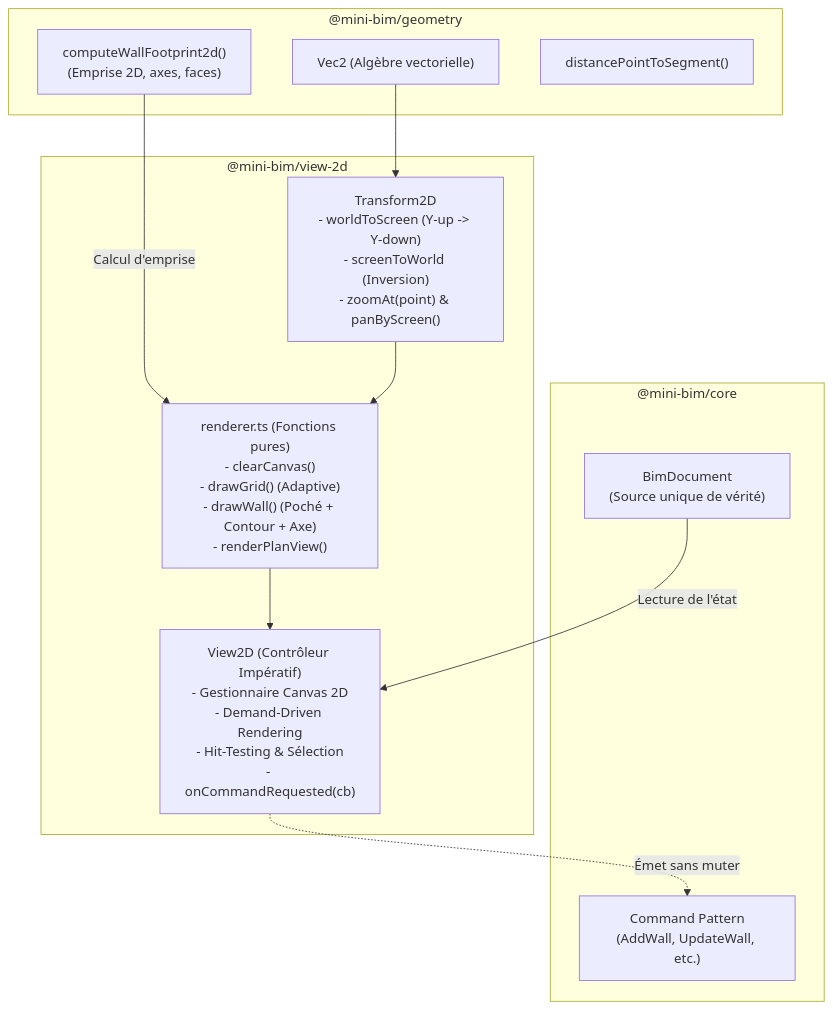
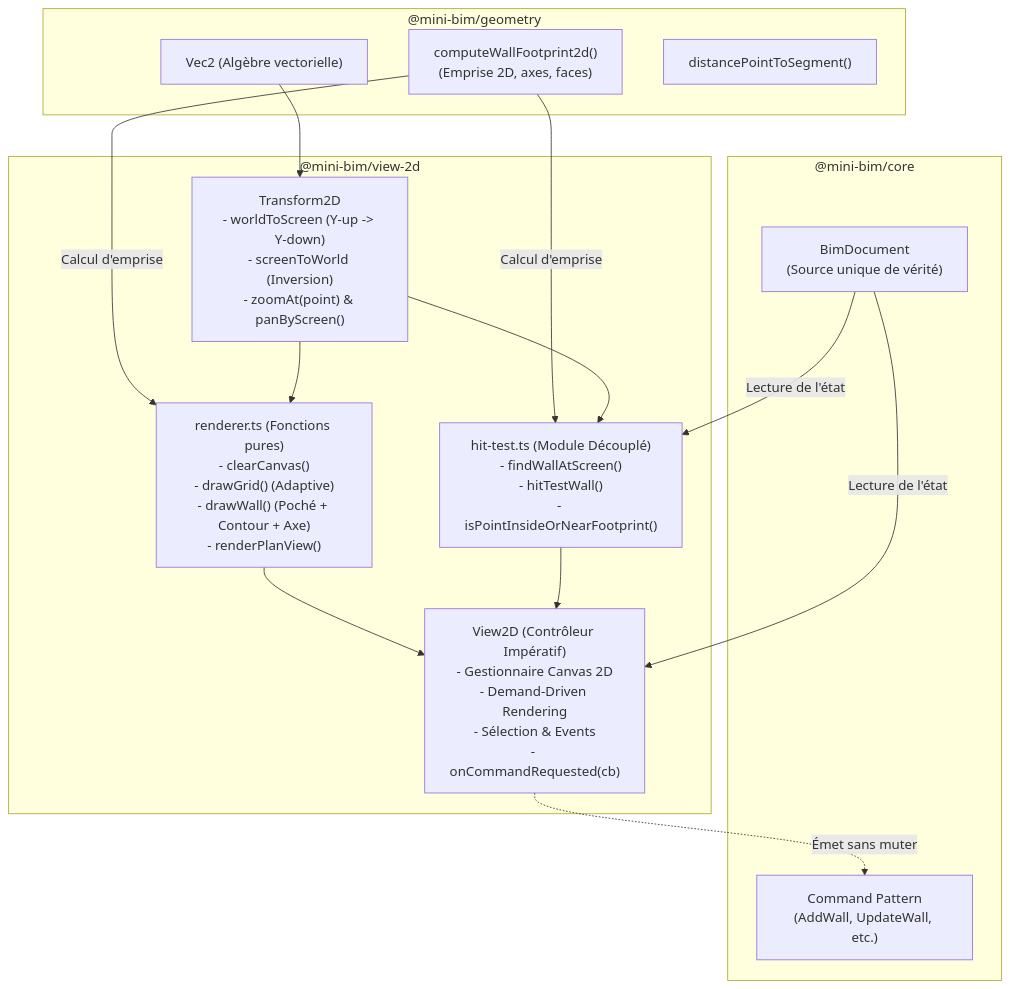
The diagram in VIEW2D_SPEC.md (mouridoullah/mini-Revit), drawn with Mermaid before and after one commit. The commit also changed other lines of this file and 8 other files, not shown here.

Commit message:
fix(view-2d): harden canvas mock with strict arg validation, add asymmetrical Y-up/Y-down tests, prove doc immutability, and decouple hit-testing module (282 tests)

````diff
--- a/VIEW2D_SPEC.md
+++ b/VIEW2D_SPEC.md
@@ -33,26 +33,31 @@
 ```mermaid
 flowchart TD
     subgraph Core ["@mini-bim/core"]
         BD["BimDocument<br/>(Source unique de vérité)"]
         CMD["Command Pattern<br/>(AddWall, UpdateWall, etc.)"]
     end
 
     subgraph Geometry ["@mini-bim/geometry"]
         VEC["Vec2 (Algèbre vectorielle)"]
         FP["computeWallFootprint2d()<br/>(Emprise 2D, axes, faces)"]
         DIST["distancePointToSegment()"]
     end
 
     subgraph View2D ["@mini-bim/view-2d"]
         T2D["Transform2D<br/>- worldToScreen (Y-up -> Y-down)<br/>- screenToWorld (Inversion)<br/>- zoomAt(point) & panByScreen()"]
         REND["renderer.ts (Fonctions pures)<br/>- clearCanvas()<br/>- drawGrid() (Adaptive)<br/>- drawWall() (Poché + Contour + Axe)<br/>- renderPlanView()"]
-        V2D["View2D (Contrôleur Impératif)<br/>- Gestionnaire Canvas 2D<br/>- Demand-Driven Rendering<br/>- Hit-Testing & Sélection<br/>- onCommandRequested(cb)"]
+        HIT["hit-test.ts (Module Découplé)<br/>- findWallAtScreen()<br/>- hitTestWall()<br/>- isPointInsideOrNearFootprint()"]
+        V2D["View2D (Contrôleur Impératif)<br/>- Gestionnaire Canvas 2D<br/>- Demand-Driven Rendering<br/>- Sélection & Events<br/>- onCommandRequested(cb)"]
     end
 
     BD -->|Lecture de l'état| V2D
+    BD -->|Lecture de l'état| HIT
     FP -->|Calcul d'emprise| REND
+    FP -->|Calcul d'emprise| HIT
     VEC --> T2D
     T2D --> REND
+    T2D --> HIT
     REND --> V2D
+    HIT --> V2D
     V2D -.->|Émet sans muter| CMD
 ```
````
